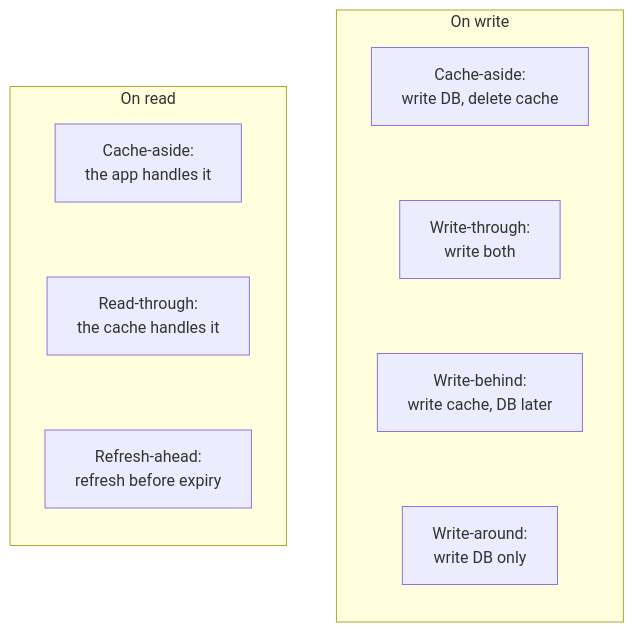
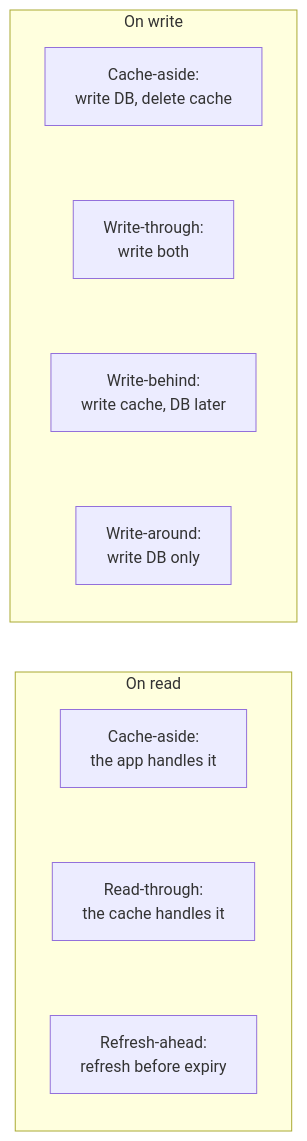
Before and after one commit to duongbui234/software-engineering-atlas: the first of 2 diagrams in content/en/posts/2026-11-22-caching-patterns.md, drawn with Mermaid. The commit also changed other lines of this file and 134 other files, not shown here.

First line of the commit message:
Fit every Mermaid diagram at 390px without sideways scroll (#56)

````diff
--- a/content/en/posts/2026-11-22-caching-patterns.md
+++ b/content/en/posts/2026-11-22-caching-patterns.md
@@ -51,11 +51,12 @@
 ```mermaid
 flowchart TB
     subgraph W["On write"]
         direction TB
         B1["Cache-aside:<br/>write DB, delete cache"] ~~~ B2["Write-through:<br/>write both"] ~~~ B3["Write-behind:<br/>write cache, DB later"] ~~~ B4["Write-around:<br/>write DB only"]
     end
     subgraph R["On read"]
         direction TB
         A1["Cache-aside:<br/>the app handles it"] ~~~ A2["Read-through:<br/>the cache handles it"] ~~~ A3["Refresh-ahead:<br/>refresh before expiry"]
     end
+    W ~~~ R
 ```
````
